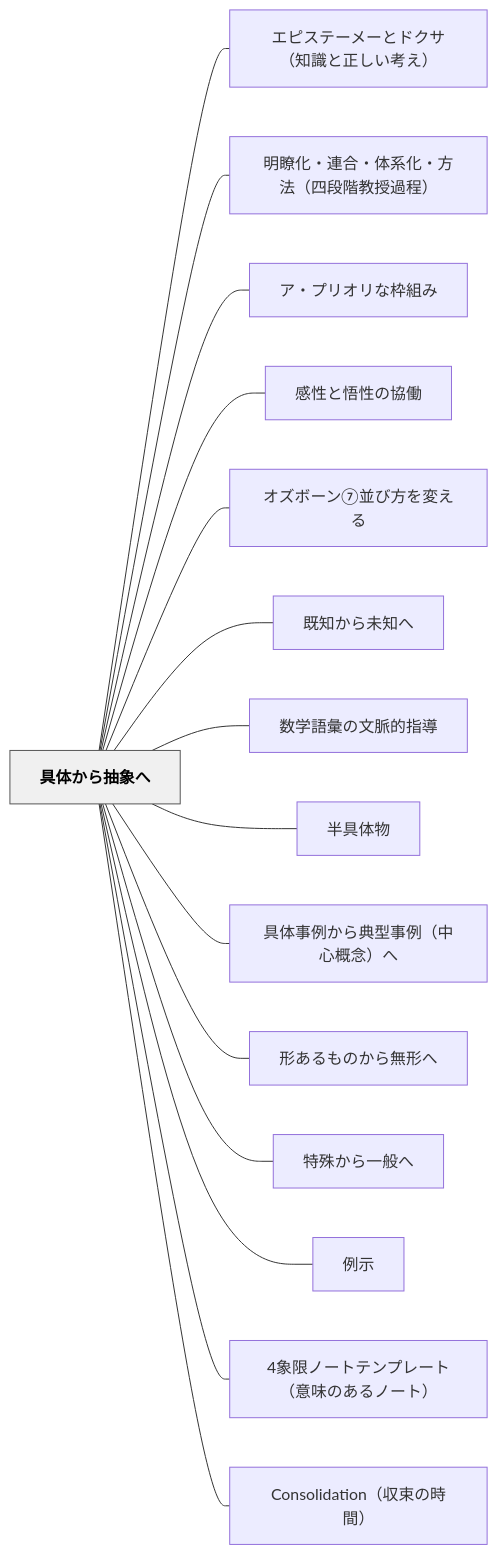
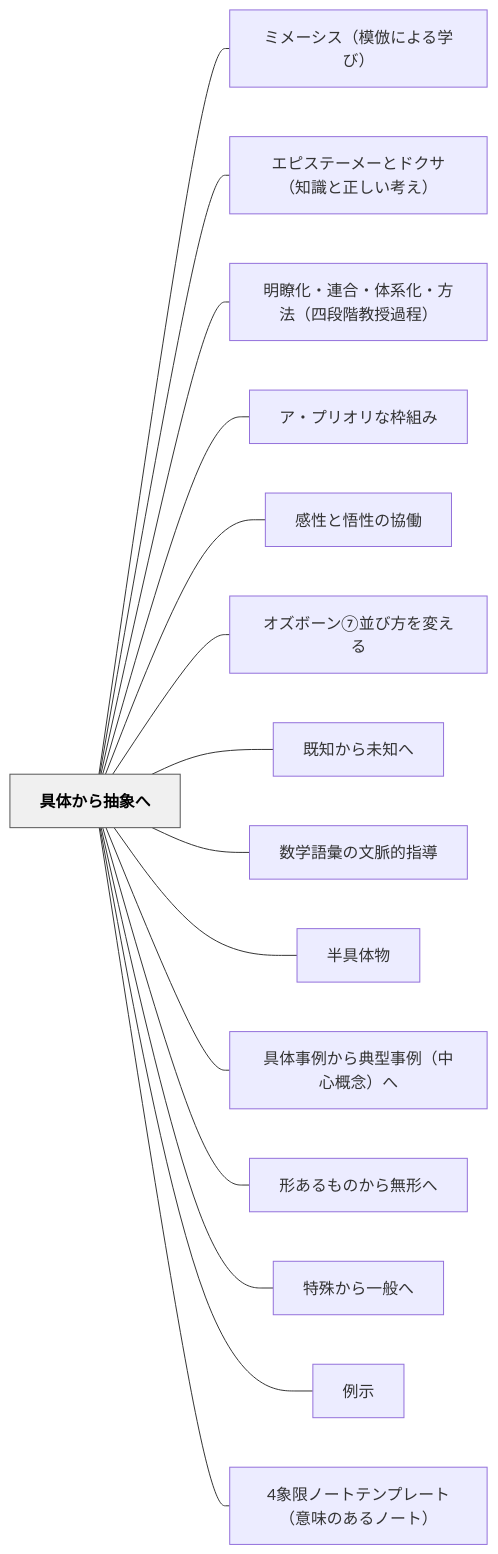
The diagram in content/パタン/具体から抽象へ.md (unknownthings-ed-patterns/unknownthings-ed-patterns), drawn with Mermaid before and after one commit. The commit also changed other lines of this file and 13 other files, not shown here.

````diff
--- a/content/パタン/具体から抽象へ.md
+++ b/content/パタン/具体から抽象へ.md
@@ -114,36 +114,36 @@
 ```mermaid
 flowchart LR
     ne585b7e4bd93e3818be38289e68abde8b1a1e381b8["具体から抽象へ"]
+    ne3839fe383a1e383bce382b7e382b9efbc88e6a8a1e580a3e381abe38288e3828be5ada6e381b3efbc89["ミメーシス（模倣による学び）"]
     ne382a8e38394e382b9e38386e383bce383a1e383bce381a8e38389e382afe382b5efbc88e79fa5e8ad98e381a8e6ada3e38197e38184e88083e38188efbc89["エピステーメーとドクサ（知識と正しい考え）"]
     ne6988ee79eade58c96e383bbe980a3e59088e383bbe4bd93e7b3bbe58c96e383bbe696b9e6b395efbc88e59b9be6aeb5e99a8ee69599e68e88e9818ee7a88befbc89["明瞭化・連合・体系化・方法（四段階教授過程）"]
     ne382a2e383bbe38397e383aae382aae383aae381aae69ea0e7b584e381bf["ア・プリオリな枠組み"]
     ne6849fe680a7e381a8e6829fe680a7e381aee58d94e5838d["感性と悟性の協働"]
     ne382aae382bae3839ce383bce383b3e291a6e4b8a6e381b3e696b9e38292e5a489e38188e3828b["オズボーン⑦並び方を変える"]
     ne697a2e79fa5e3818be38289e69caae79fa5e381b8["既知から未知へ"]
     ne695b0e5ada6e8aa9ee5bd99e381aee69687e88488e79a84e68c87e5b08e["数学語彙の文脈的指導"]
     ne58d8ae585b7e4bd93e789a9["半具体物"]
     ne585b7e4bd93e4ba8be4be8be3818be38289e585b8e59e8be4ba8be4be8befbc88e4b8ade5bf83e6a682e5bfb5efbc89e381b8["具体事例から典型事例（中心概念）へ"]
     ne5bda2e38182e3828be38282e381aee3818be38289e784a1e5bda2e381b8["形あるものから無形へ"]
     ne789b9e6ae8ae3818be38289e4b880e888ace381b8["特殊から一般へ"]
     ne4be8be7a4ba["例示"]
     n34e8b1a1e99990e3838ee383bce38388e38386e383b3e38397e383ace383bce38388efbc88e6848fe591b3e381aee38182e3828be3838ee383bce38388efbc89["4象限ノートテンプレート（意味のあるノート）"]
-    n436f6e736f6c69646174696f6eefbc88e58f8ee69d9fe381aee69982e99693efbc89["Consolidation（収束の時間）"]
 
+    ne585b7e4bd93e3818be38289e68abde8b1a1e381b8 --- ne3839fe383a1e383bce382b7e382b9efbc88e6a8a1e580a3e381abe38288e3828be5ada6e381b3efbc89
     ne585b7e4bd93e3818be38289e68abde8b1a1e381b8 --- ne382a8e38394e382b9e38386e383bce383a1e383bce381a8e38389e382afe382b5efbc88e79fa5e8ad98e381a8e6ada3e38197e38184e88083e38188efbc89
     ne585b7e4bd93e3818be38289e68abde8b1a1e381b8 --- ne6988ee79eade58c96e383bbe980a3e59088e383bbe4bd93e7b3bbe58c96e383bbe696b9e6b395efbc88e59b9be6aeb5e99a8ee69599e68e88e9818ee7a88befbc89
     ne585b7e4bd93e3818be38289e68abde8b1a1e381b8 --- ne382a2e383bbe38397e383aae382aae383aae381aae69ea0e7b584e381bf
     ne585b7e4bd93e3818be38289e68abde8b1a1e381b8 --- ne6849fe680a7e381a8e6829fe680a7e381aee58d94e5838d
     ne585b7e4bd93e3818be38289e68abde8b1a1e381b8 --- ne382aae382bae3839ce383bce383b3e291a6e4b8a6e381b3e696b9e38292e5a489e38188e3828b
     ne585b7e4bd93e3818be38289e68abde8b1a1e381b8 --- ne697a2e79fa5e3818be38289e69caae79fa5e381b8
     ne585b7e4bd93e3818be38289e68abde8b1a1e381b8 --- ne695b0e5ada6e8aa9ee5bd99e381aee69687e88488e79a84e68c87e5b08e
     ne585b7e4bd93e3818be38289e68abde8b1a1e381b8 --- ne58d8ae585b7e4bd93e789a9
     ne585b7e4bd93e3818be38289e68abde8b1a1e381b8 --- ne585b7e4bd93e4ba8be4be8be3818be38289e585b8e59e8be4ba8be4be8befbc88e4b8ade5bf83e6a682e5bfb5efbc89e381b8
     ne585b7e4bd93e3818be38289e68abde8b1a1e381b8 --- ne5bda2e38182e3828be38282e381aee3818be38289e784a1e5bda2e381b8
     ne585b7e4bd93e3818be38289e68abde8b1a1e381b8 --- ne789b9e6ae8ae3818be38289e4b880e888ace381b8
     ne585b7e4bd93e3818be38289e68abde8b1a1e381b8 --- ne4be8be7a4ba
     ne585b7e4bd93e3818be38289e68abde8b1a1e381b8 --- n34e8b1a1e99990e3838ee383bce38388e38386e383b3e38397e383ace383bce38388efbc88e6848fe591b3e381aee38182e3828be3838ee383bce38388efbc89
-    ne585b7e4bd93e3818be38289e68abde8b1a1e381b8 --- n436f6e736f6c69646174696f6eefbc88e58f8ee69d9fe381aee69982e99693efbc89
 
     classDef hub fill:#f0f0f0,stroke:#555,color:#000,font-weight:bold
     class ne585b7e4bd93e3818be38289e68abde8b1a1e381b8 hub
 ```
````
